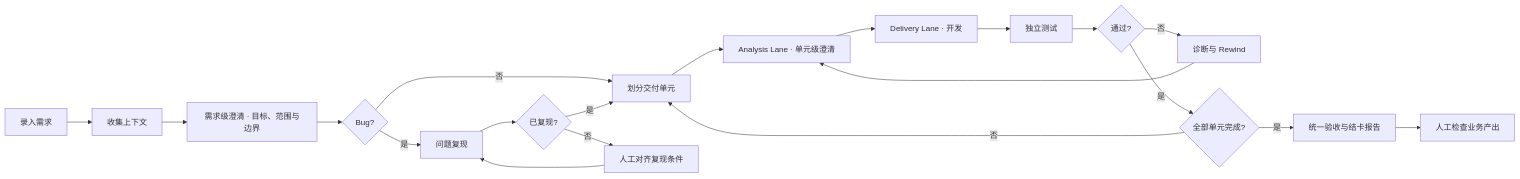
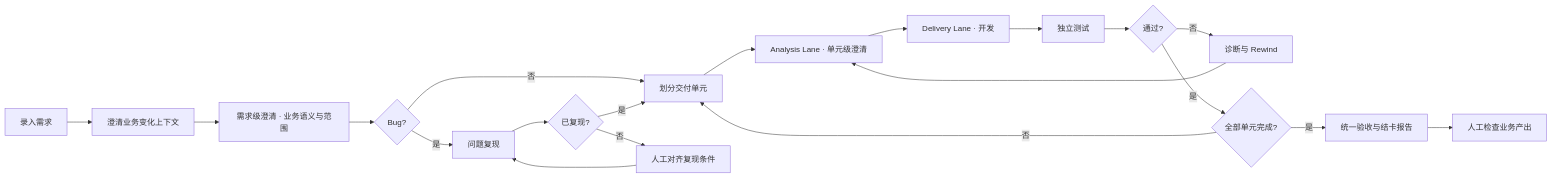
The diagram in README.md (InspireChina/ai4se-loop-workflow), drawn with Mermaid before and after one commit. The commit also changed other lines of this file and 13 other files, not shown here.

````diff
--- a/README.md
+++ b/README.md
@@ -20,22 +20,22 @@
 ```mermaid
 flowchart LR
-    input["录入需求"] --> context["收集上下文"]
-    context --> intakeClarify["需求级澄清 · 目标、范围与边界"]
+    input["录入需求"] --> context["澄清业务变化上下文"]
+    context --> intakeClarify["需求级澄清 · 业务语义与范围"]
     intakeClarify --> bug{"Bug?"}
     bug -->|"否"| split["划分交付单元"]
     bug -->|"是"| repro["问题复现"]
     repro --> reproduced{"已复现?"}
     reproduced -->|"否"| reproAlign["人工对齐复现条件"]
     reproAlign --> repro
     reproduced -->|"是"| split
     split --> unitClarify["Analysis Lane · 单元级澄清"]
     unitClarify --> dev["Delivery Lane · 开发"]
     dev --> test["独立测试"]
     test --> passed{"通过?"}
     passed -->|"否"| rewind["诊断与 Rewind"]
     rewind --> unitClarify
     passed -->|"是"| completed{"全部单元完成?"}
     completed -->|"否"| split
     completed -->|"是"| review["统一验收与结卡报告"]
     review --> human["人工检查业务产出"]
 ```
````
